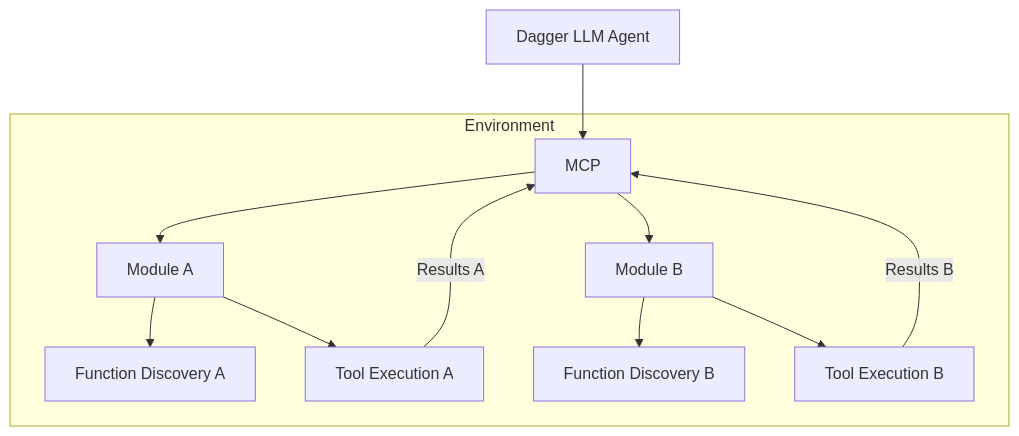
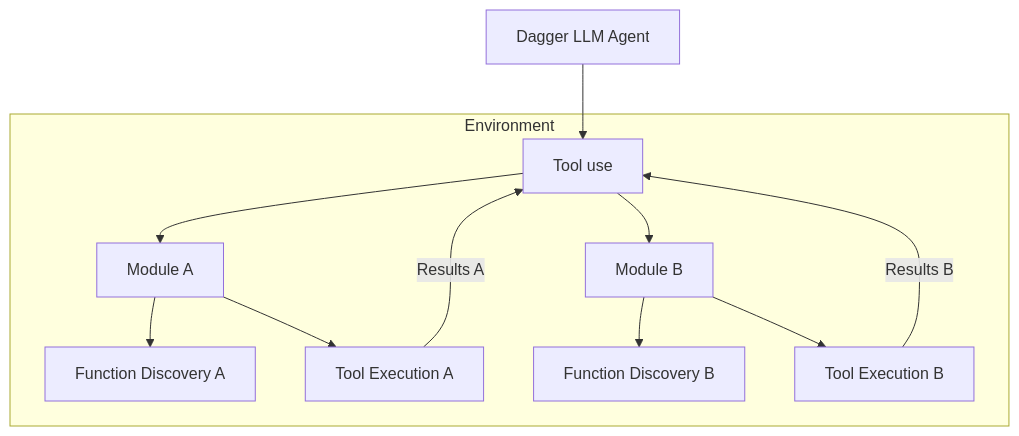
Before and after one commit to dagger/dagger: the first of 2 diagrams in docs/current_docs/features/llm.mdx, drawn with Mermaid.

Commit message:
More fixes

````diff
--- a/docs/current_docs/features/llm.mdx
+++ b/docs/current_docs/features/llm.mdx
@@ -16,13 +16,13 @@
 ```mermaid
 flowchart TD
     A["Dagger LLM Agent"]
     subgraph Environment
-        B["MCP"]
+        B["Tool use"]
         B --> C1["Module A"] & C2["Module B"]
         C1 --> D1["Function Discovery A"] & E1["Tool Execution A"]
         C2 --> D2["Function Discovery B"] & E2["Tool Execution B"]
         E1 -- Results A --> B
         E2 -- Results B --> B
     end
     A --> B
 ```
````
